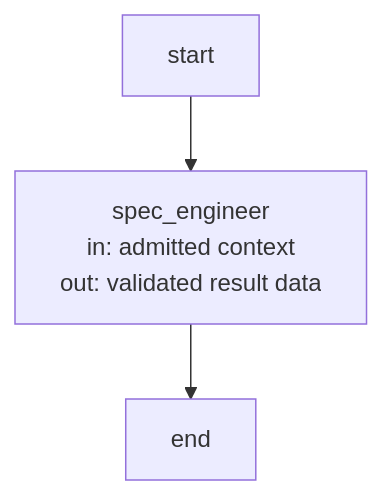
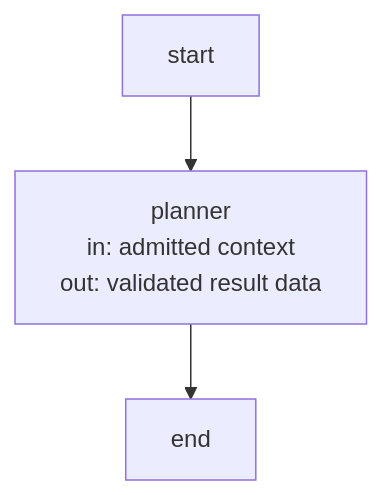
Before and after one commit to FTOD/concorde: the first of 2 diagrams in specs/concorde/harness/host.md, drawn with Mermaid. The commit also changed other lines of this file and 222 other files, not shown here.

````diff
--- a/specs/concorde/harness/host.md
+++ b/specs/concorde/harness/host.md
@@ -53,11 +57,11 @@
 ```mermaid
 flowchart TB
     %% flow: agent_node
     accTitle: Agent invocation node
-    accDescr: One Agent invocation: the admitted typed context enters, the launcher runs the native process, and the validated typed result leaves.
+    accDescr: One worker invocation: the admitted typed context enters, the launcher runs the Pi worker, and the validated typed result leaves.
     __start__["start"]
-    spec_engineer["spec_engineer<br/>in: admitted context<br/>out: validated result data"]
+    planner["planner<br/>in: admitted context<br/>out: validated result data"]
     __end__["end"]
-    __start__ --> spec_engineer
-    spec_engineer --> __end__
+    __start__ --> planner
+    planner --> __end__
 ```
````
